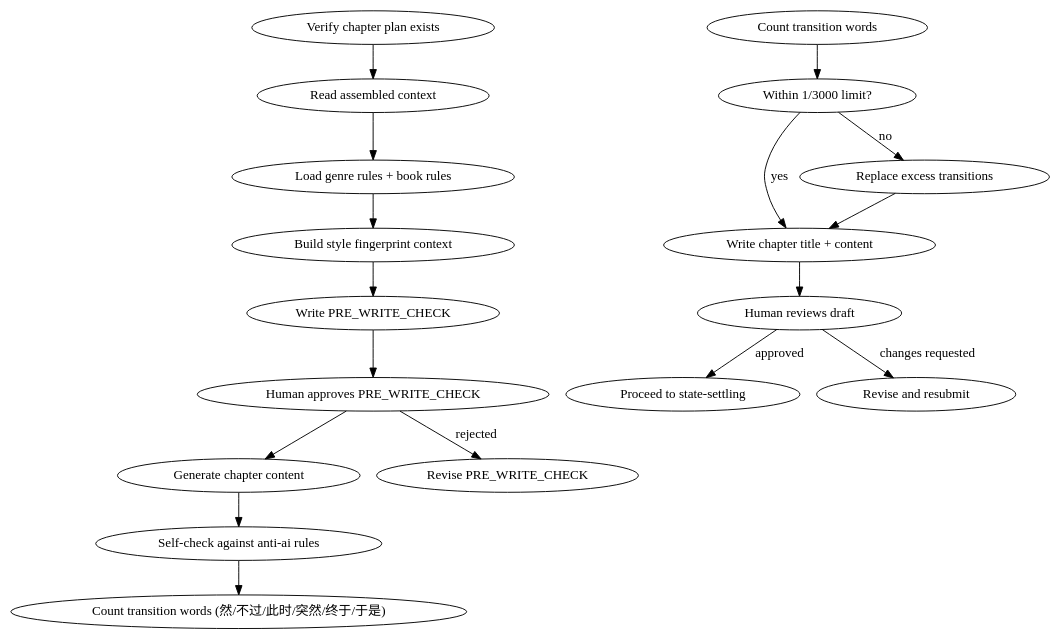
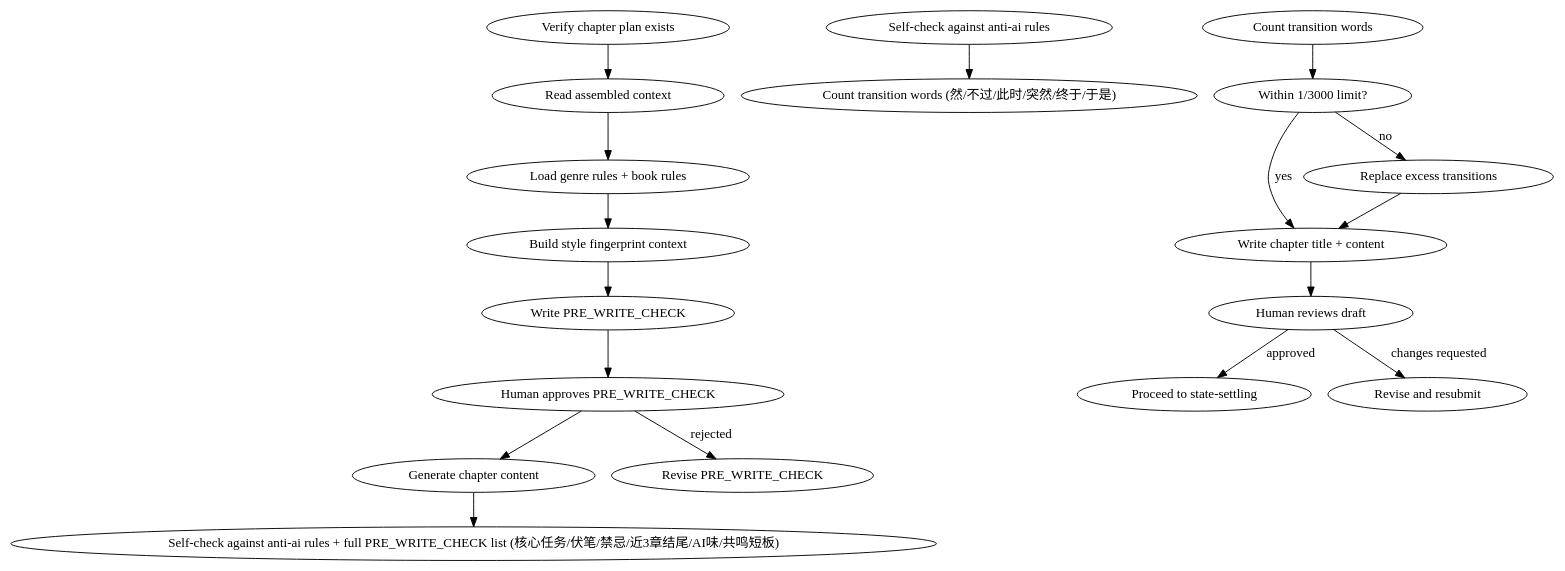
The diagram in skills/shenbi-chapter-drafting/SKILL.md (ThomasChangX/shenbi), drawn with Graphviz before and after one commit. The commit also changed 9 other files, not shown here.

````diff
--- a/skills/shenbi-chapter-drafting/SKILL.md
+++ b/skills/shenbi-chapter-drafting/SKILL.md
@@ -58,20 +58,20 @@
 ```dot
 digraph chapter_drafting {
     "Verify chapter plan exists" -> "Read assembled context";
     "Read assembled context" -> "Load genre rules + book rules";
     "Load genre rules + book rules" -> "Build style fingerprint context";
     "Build style fingerprint context" -> "Write PRE_WRITE_CHECK";
     "Write PRE_WRITE_CHECK" -> "Human approves PRE_WRITE_CHECK";
     "Human approves PRE_WRITE_CHECK" -> "Generate chapter content";
     "Human approves PRE_WRITE_CHECK" -> "Revise PRE_WRITE_CHECK" [label="rejected"];
-    "Generate chapter content" -> "Self-check against anti-ai rules";
+    "Generate chapter content" -> "Self-check against anti-ai rules + full PRE_WRITE_CHECK list (核心任务/伏笔/禁忌/近3章结尾/AI味/共鸣短板)";
     "Self-check against anti-ai rules" -> "Count transition words (然/不过/此时/突然/终于/于是)";
     "Count transition words" -> "Within 1/3000 limit?";
     "Within 1/3000 limit?" -> "Write chapter title + content" [label="yes"];
     "Within 1/3000 limit?" -> "Replace excess transitions" [label="no"];
     "Replace excess transitions" -> "Write chapter title + content";
     "Write chapter title + content" -> "Human reviews draft";
     "Human reviews draft" -> "Proceed to state-settling" [label="approved"];
     "Human reviews draft" -> "Revise and resubmit" [label="changes requested"];
 }
 ```
````
